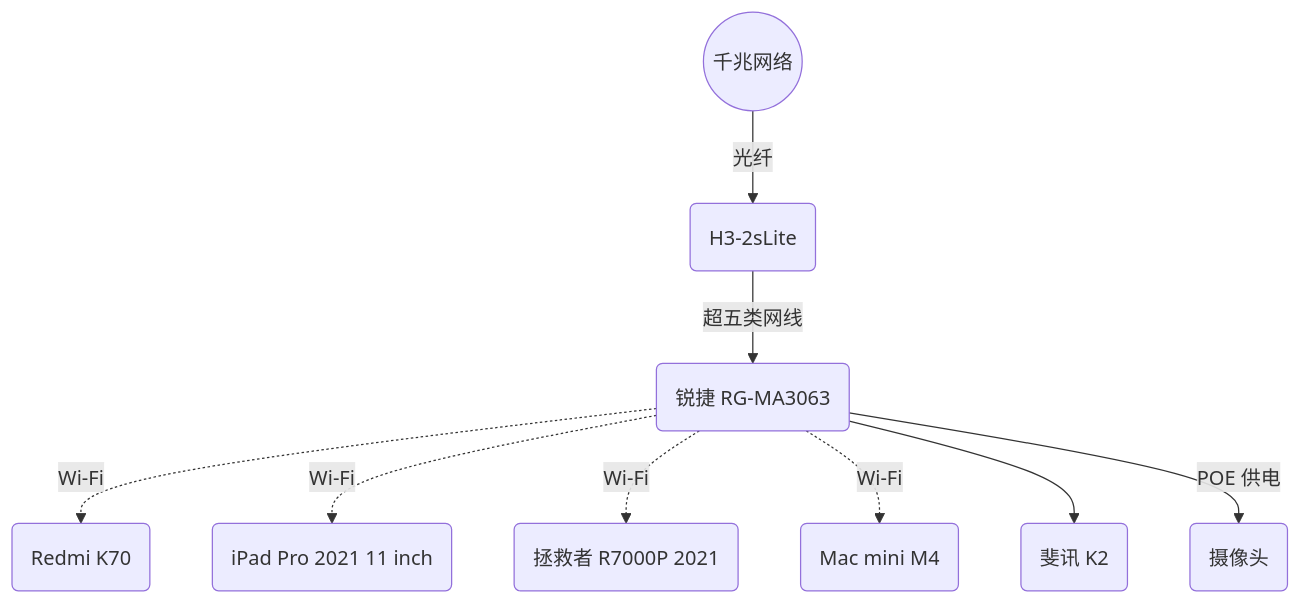
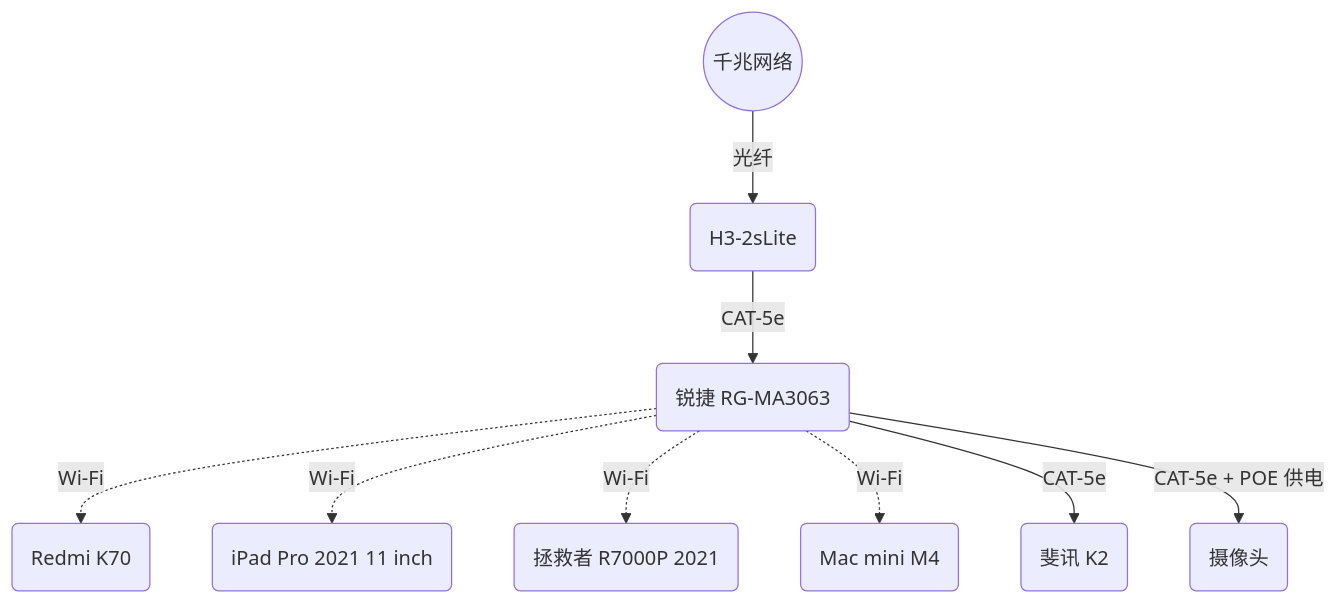
One commit to Cierra-Runis/note-of-me.top changed the second of 2 diagrams in src/post/Network.mdx. Above: the diagram before and after it, drawn with Mermaid. The commit also changed other lines of this file, not shown here.

````diff
--- a/src/post/Network.mdx
+++ b/src/post/Network.mdx
@@ -133,19 +301,19 @@
 ```mermaid
 graph TD
     P(Redmi K70)
     T(iPad Pro 2021 11 inch)
     L(拯救者 R7000P 2021)
     M4(Mac mini M4)
 
     C(H3-2sLite)
     R(锐捷 RG-MA3063)
     F(斐讯 K2)
     CCTV(摄像头)
     G((千兆网络))
 
     G -- "光纤" --> C
-    C -- "超五类网线" --> R
+    C -- "CAT-5e" --> R
     R -. "Wi-Fi" .-> P & T & L & M4
-    R --> F
-    R -- "POE 供电" --> CCTV
+    R -- "CAT-5e" --> F
+    R -- "CAT-5e + POE 供电" --> CCTV
 ```
````
